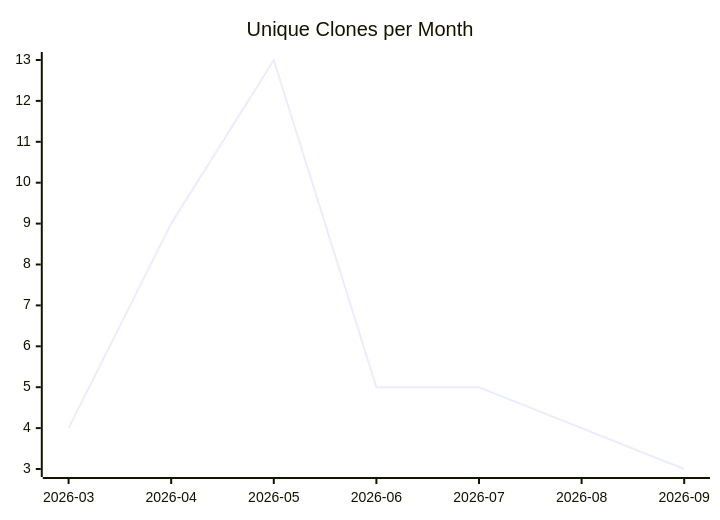
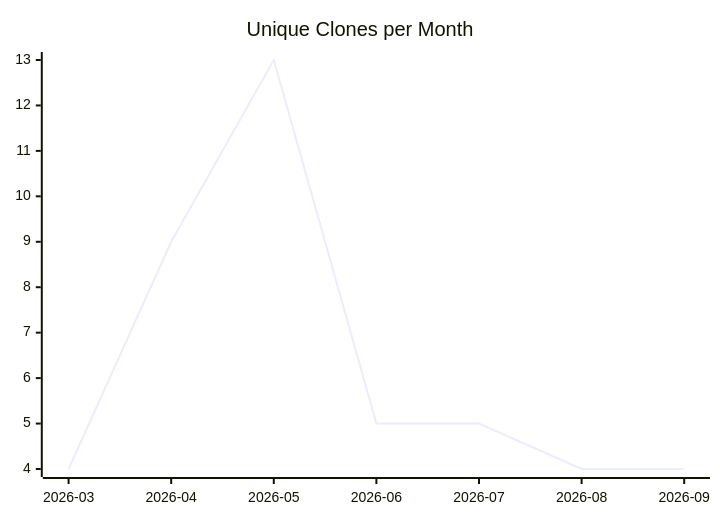
Before and after one commit to justdavis-family/github-analytics-data: the third of 3 diagrams in karlmdavis/justdavis-puppet/README.md, drawn with Mermaid. The commit also changed other lines of this file and 190 other files, not shown here.

````diff
--- a/karlmdavis/justdavis-puppet/README.md
+++ b/karlmdavis/justdavis-puppet/README.md
@@ -19,6 +19,6 @@
 ```mermaid
 xychart-beta
   title "Unique Clones per Month"
   x-axis ["2026-03", "2026-04", "2026-05", "2026-06", "2026-07", "2026-08", "2026-09"]
-  line [4, 9, 13, 5, 5, 4, 3]
+  line [4, 9, 13, 5, 5, 4, 4]
 ```
````
